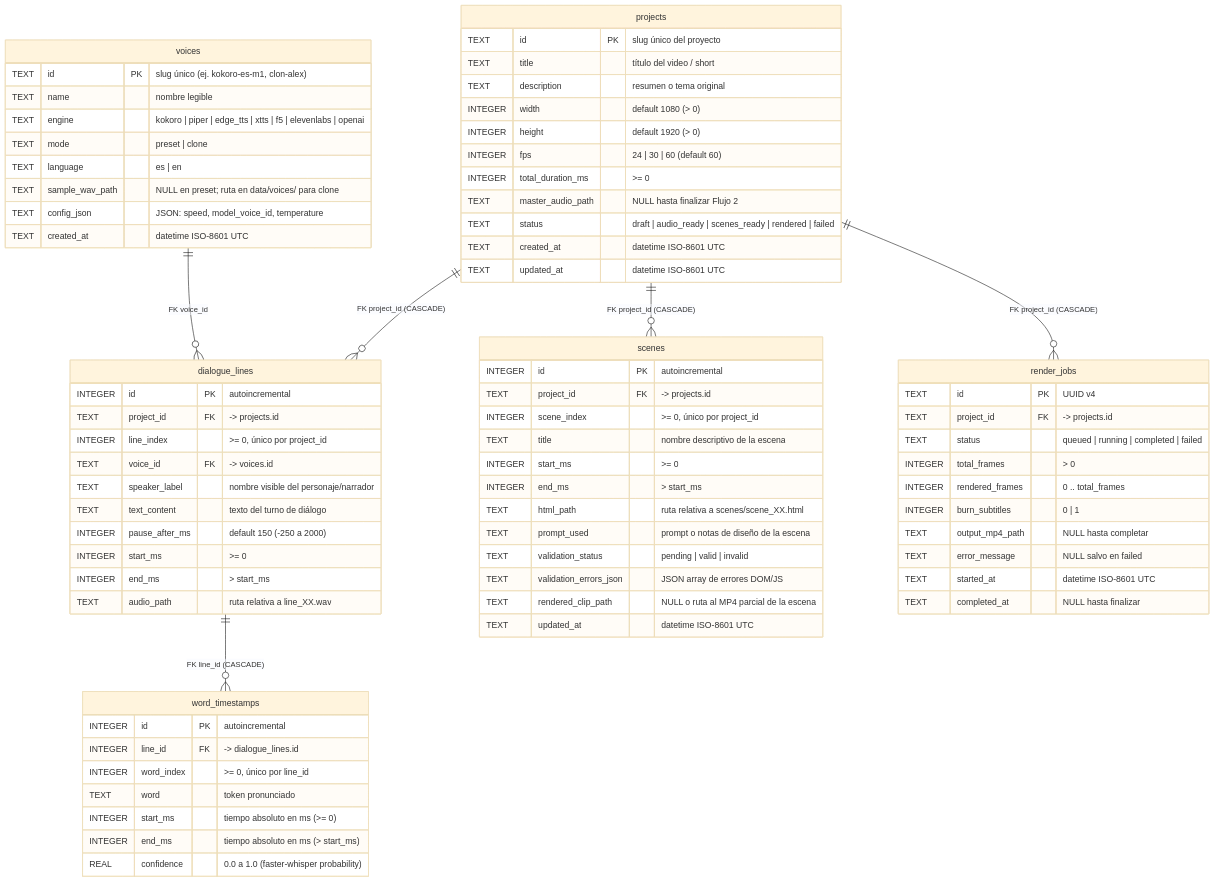
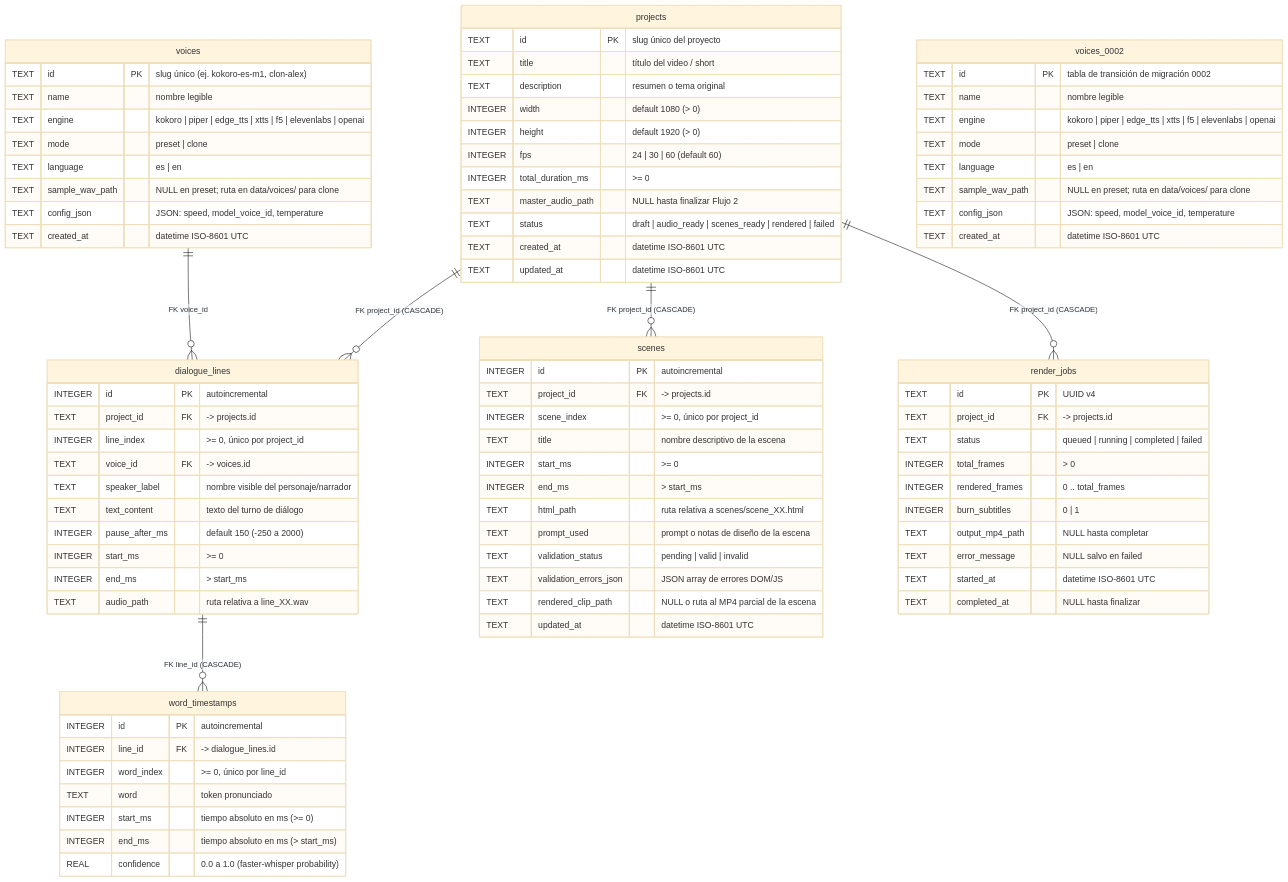
The diagram in docs/db/diseno_db.md (AlexPrietoRomani/mcp-videos), drawn with Mermaid (base theme) before and after one commit. The commit also changed other lines of this file and 3 other files, not shown here.

````diff
--- a/docs/db/diseno_db.md
+++ b/docs/db/diseno_db.md
@@ -99,4 +99,14 @@
         TEXT started_at "datetime ISO-8601 UTC"
         TEXT completed_at "NULL hasta finalizar"
     }
+    voices_0002 {
+        TEXT id PK "tabla de transición de migración 0002"
+        TEXT name "nombre legible"
+        TEXT engine "kokoro | piper | edge_tts | xtts | f5 | elevenlabs | openai"
+        TEXT mode "preset | clone"
+        TEXT language "es | en"
+        TEXT sample_wav_path "NULL en preset; ruta en data/voices/ para clone"
+        TEXT config_json "JSON: speed, model_voice_id, temperature"
+        TEXT created_at "datetime ISO-8601 UTC"
+    }
 ```
````
